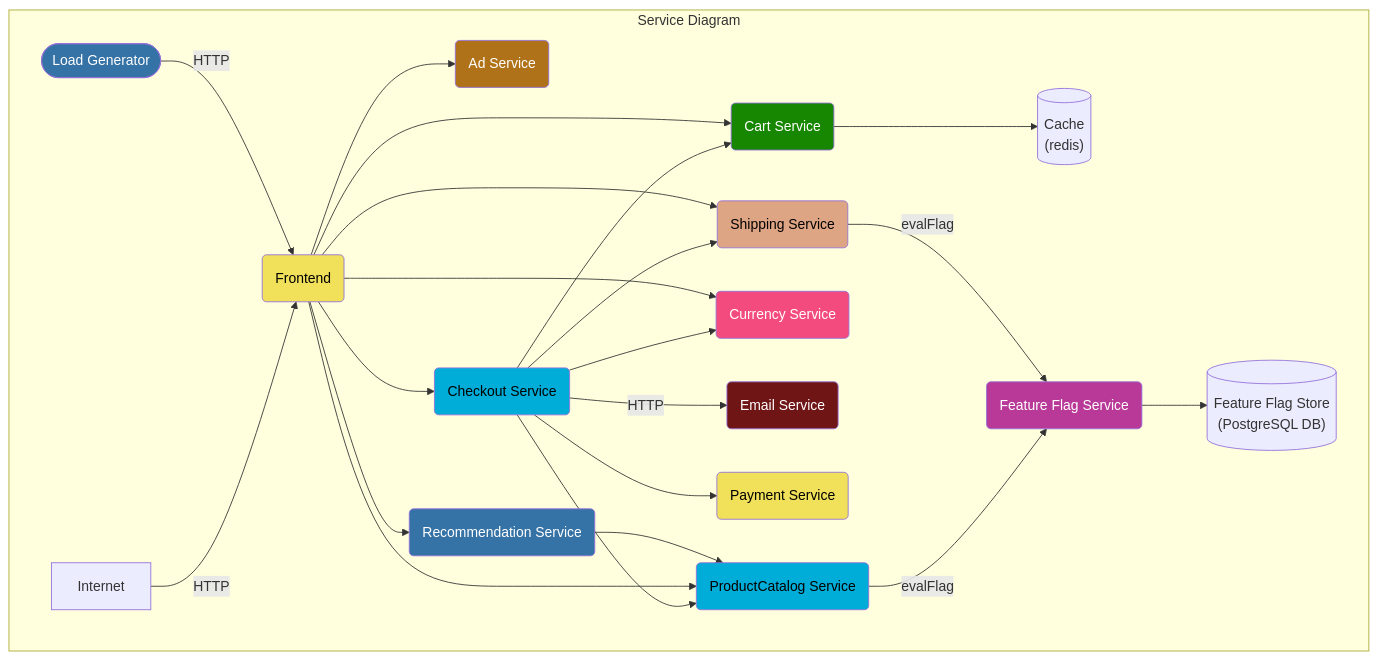
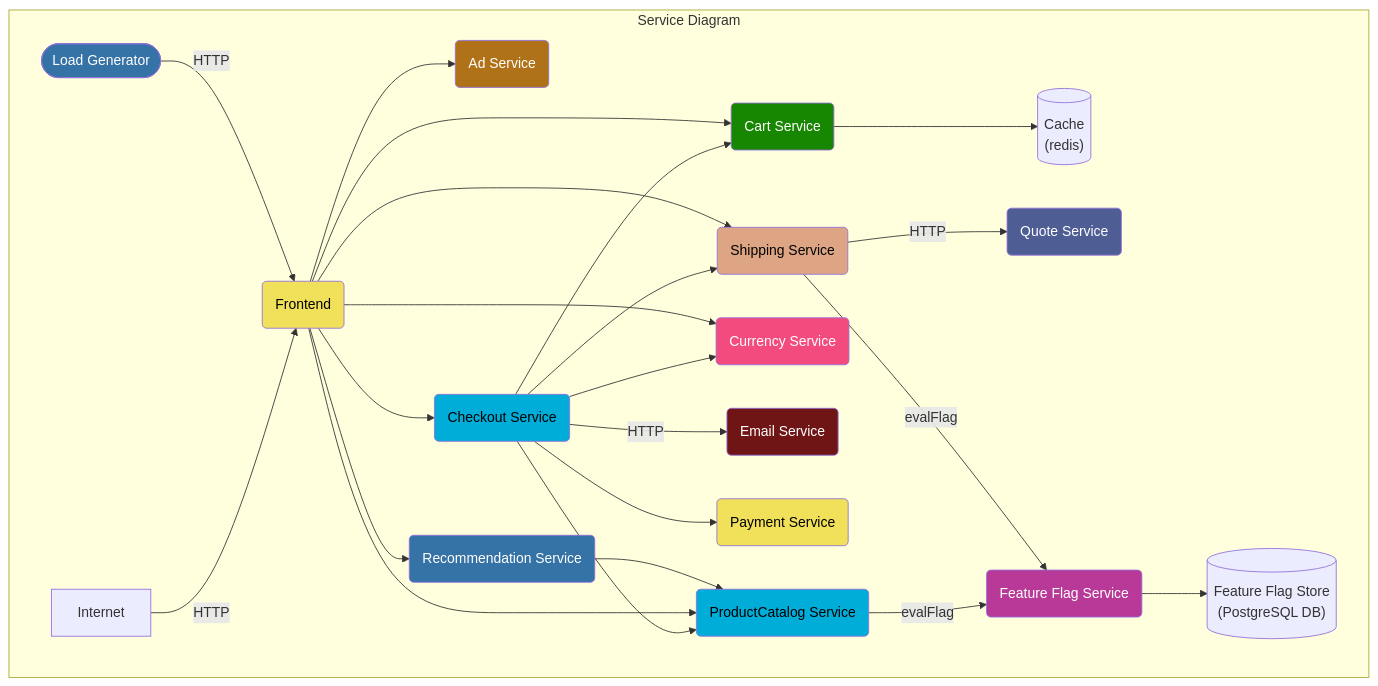
One commit to mohamed3637/opentelemetry-demo changed the first of 2 diagrams in README.md. Above: the diagram before and after it, drawn with Mermaid. The commit also changed other lines of this file, not shown here.

Commit message:
Add php mermaid (#374)
* Add PHP to Mermaid

* Add HTTP

````diff
--- a/README.md
+++ b/README.md
@@ -35,55 +35,56 @@
 ```mermaid
 graph TD
 
 subgraph Service Diagram
 adservice(Ad Service):::java
 cache[(Cache<br/>&#40redis&#41)]
 cartservice(Cart Service):::dotnet
 checkoutservice(Checkout Service):::golang
 currencyservice(Currency Service):::cpp
 emailservice(Email Service):::ruby
 frontend(Frontend):::javascript
 loadgenerator([Load Generator]):::python
 paymentservice(Payment Service):::javascript
 productcatalogservice(ProductCatalog Service):::golang
+quoteservice(Quote Service):::php
 recommendationservice(Recommendation Service):::python
 shippingservice(Shipping Service):::rust
 featureflagservice(Feature Flag Service):::erlang
 featureflagstore[(Feature Flag Store<br/>&#40PostgreSQL DB&#41)]
 
 Internet -->|HTTP| frontend
 loadgenerator -->|HTTP| frontend
 
 checkoutservice --> cartservice --> cache
 checkoutservice --> productcatalogservice
 checkoutservice --> currencyservice
 checkoutservice -->|HTTP| emailservice
 checkoutservice --> paymentservice
 checkoutservice --> shippingservice
 
 frontend --> adservice
 frontend --> cartservice
 frontend --> productcatalogservice
 frontend --> checkoutservice
 frontend --> currencyservice
 frontend --> recommendationservice --> productcatalogservice
-frontend --> shippingservice
+frontend --> shippingservice -->|HTTP| quoteservice
 
 productcatalogservice --> |evalFlag| featureflagservice
 
 shippingservice --> |evalFlag| featureflagservice
 
 featureflagservice --> featureflagstore
 
 end
 classDef java fill:#b07219,color:white;
 classDef dotnet fill:#178600,color:white;
 classDef golang fill:#00add8,color:black;
 classDef cpp fill:#f34b7d,color:white;
 classDef ruby fill:#701516,color:white;
 classDef python fill:#3572A5,color:white;
 classDef javascript fill:#f1e05a,color:black;
 classDef rust fill:#dea584,color:black;
 classDef erlang fill:#b83998,color:white;
 classDef php fill:#4f5d95,color:white;
 ```
````
